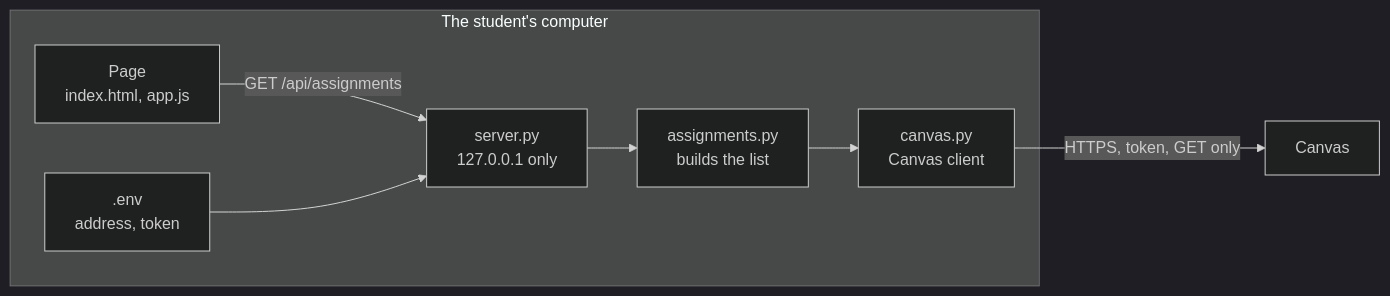
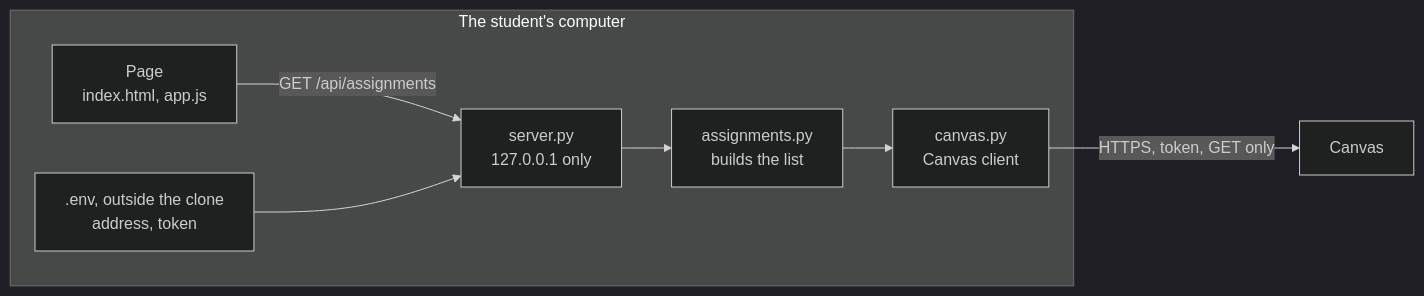
The seventh of 7 diagrams in docs/canvas-portal/03-design.md (bbranton/TestProj), drawn with Mermaid (dark theme) before and after one commit. The commit also changed other lines of this file, not shown here.

First line of the commit message:
Design: Phase 0 settings file outside the clone, made-up fixtures, and load limits

````diff
--- a/docs/canvas-portal/03-design.md
+++ b/docs/canvas-portal/03-design.md
@@ -860,17 +865,17 @@
 ```mermaid
 flowchart LR
     subgraph PC["The student's computer"]
         P["Page<br/>index.html, app.js"]
         S["server.py<br/>127.0.0.1 only"]
         L["assignments.py<br/>builds the list"]
         C["canvas.py<br/>Canvas client"]
-        E[".env<br/>address, token"]
+        E[".env, outside the clone<br/>address, token"]
     end
     CV["Canvas"]
 
     P -- "GET /api/assignments" --> S
     S --> L
     L --> C
     E --> S
     C -- "HTTPS, token, GET only" --> CV
 ```
````
